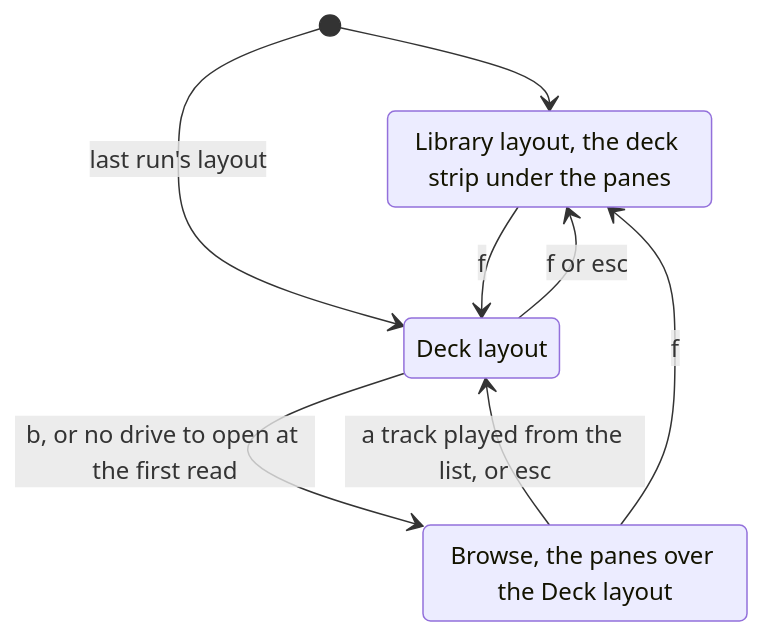
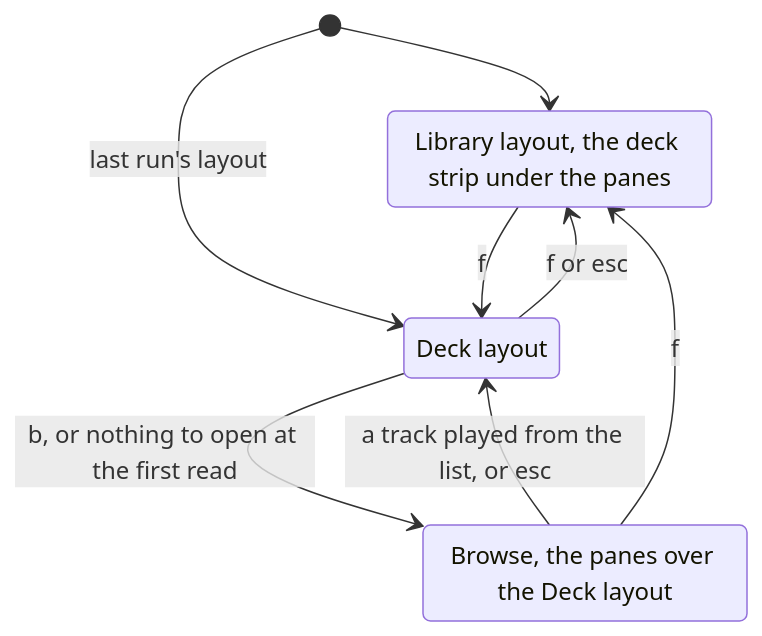
One commit to cutenode/localnetwork changed the sixth of 17 diagrams in apps/locallibrary/docs/diagrams/player.md. Above: the diagram before and after it, drawn with Mermaid. The commit also changed other lines of this file and 5 other files, not shown here.

First line of the commit message:
fix(locallibrary): open rekordbox's collection on Windows, with files on any drive

````diff
--- a/apps/locallibrary/docs/diagrams/player.md
+++ b/apps/locallibrary/docs/diagrams/player.md
@@ -132,13 +134,13 @@
 ```mermaid
 stateDiagram-v2
     state "Library layout, the deck strip under the panes" as Panes
     state "Deck layout" as Deck
     state "Browse, the panes over the Deck layout" as Browse
     [*] --> Panes
     [*] --> Deck: last run's layout
     Panes --> Deck: f
     Deck --> Panes: f or esc
-    Deck --> Browse: b, or no drive to open at the first read
+    Deck --> Browse: b, or nothing to open at the first read
     Browse --> Deck: a track played from the list, or esc
     Browse --> Panes: f
 ```
````
